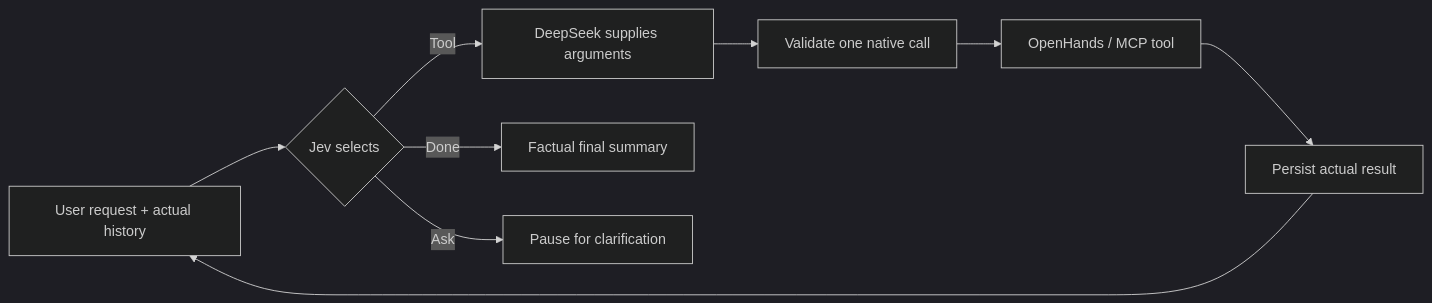
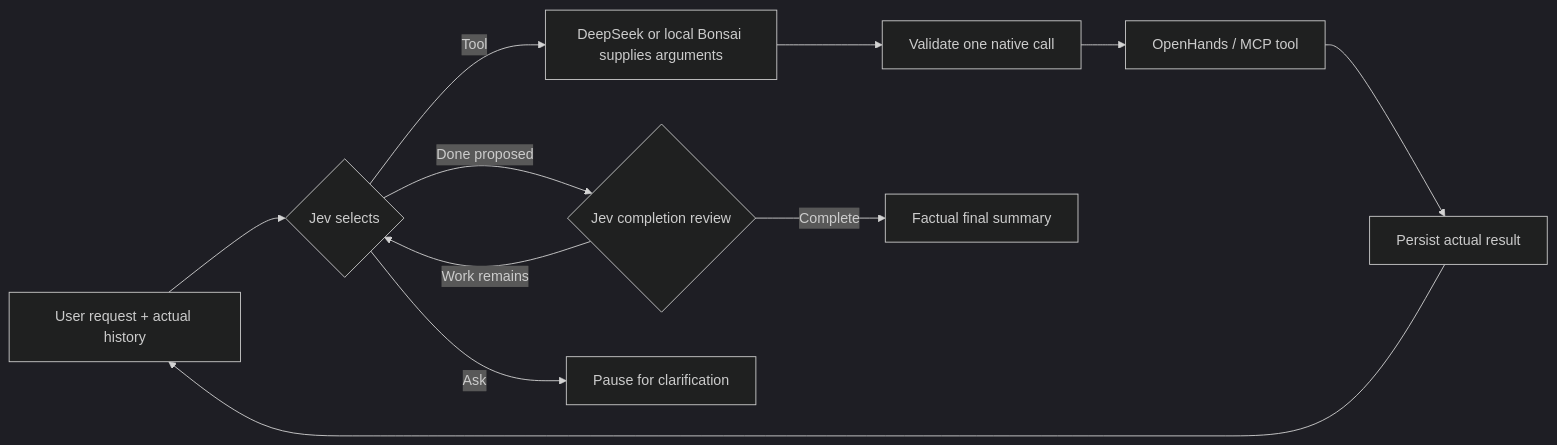
The diagram in README.md (morcoan/JevSeek), drawn with Mermaid (dark theme) before and after one commit. The commit also changed other lines of this file and 26 other files, not shown here.

Commit message:
Fix follow-up context and premature completion; release v0.2.1 with Bonsai

````diff
--- a/README.md
+++ b/README.md
@@ -47,11 +49,13 @@
 ```mermaid
 flowchart LR
     U[User request + actual history] --> J{Jev selects}
-    J -->|Tool| D[DeepSeek supplies arguments]
+    J -->|Tool| D[DeepSeek or local Bonsai supplies arguments]
     D --> V[Validate one native call]
     V --> T[OpenHands / MCP tool]
     T --> O[Persist actual result]
     O --> U
-    J -->|Done| S[Factual final summary]
+    J -->|Done proposed| C{Jev completion review}
+    C -->|Complete| S[Factual final summary]
+    C -->|Work remains| J
     J -->|Ask| A[Pause for clarification]
 ```
````
